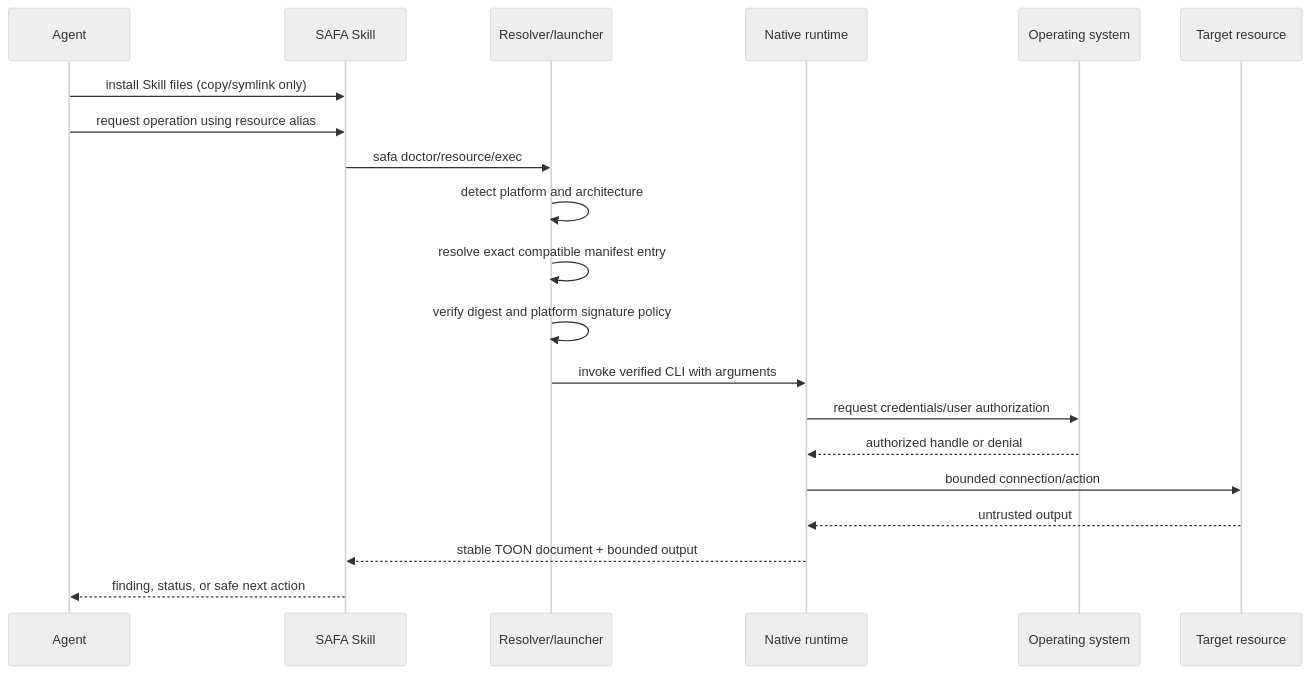
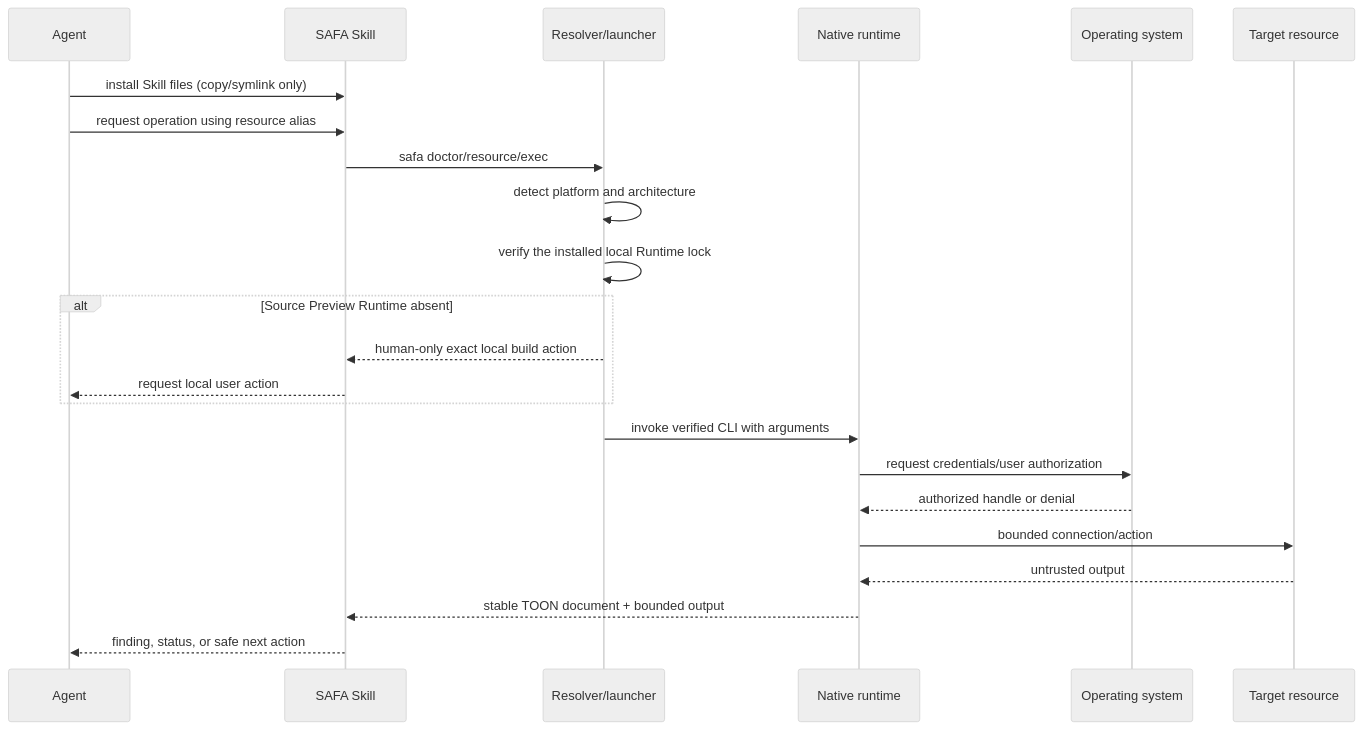
The second of 3 diagrams in docs/architecture.md (juju-w/safa), drawn with Mermaid (neutral theme) before and after one commit. The commit also changed other lines of this file and 21 other files, not shown here.

Commit message:
feat(preview): add source-built macOS bootstrap

````diff
--- a/docs/architecture.md
+++ b/docs/architecture.md
@@ -34,23 +34,26 @@
 ```mermaid
 sequenceDiagram
     participant A as Agent
     participant S as SAFA Skill
     participant L as Resolver/launcher
     participant R as Native runtime
     participant O as Operating system
     participant T as Target resource
 
     A->>S: install Skill files (copy/symlink only)
     A->>S: request operation using resource alias
     S->>L: safa doctor/resource/exec
     L->>L: detect platform and architecture
-    L->>L: resolve exact compatible manifest entry
-    L->>L: verify digest and platform signature policy
+    L->>L: verify the installed local Runtime lock
+    alt Source Preview Runtime absent
+        L-->>S: human-only exact local build action
+        S-->>A: request local user action
+    end
     L->>R: invoke verified CLI with arguments
     R->>O: request credentials/user authorization
     O-->>R: authorized handle or denial
     R->>T: bounded connection/action
     T-->>R: untrusted output
     R-->>S: stable TOON document + bounded output
     S-->>A: finding, status, or safe next action
 ```
````
